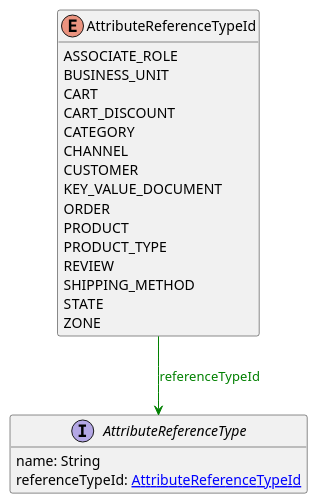
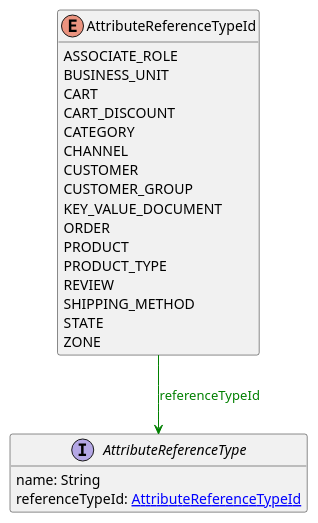
Before and after one commit to commercetools/commercetools-api-reference: the diagram in uml/api/AttributeReferenceTypeId.puml, drawn with PlantUML. The commit also changed 5 other files, not shown here.

```diff
--- a/uml/api/AttributeReferenceTypeId.puml
+++ b/uml/api/AttributeReferenceTypeId.puml
@@ -1,26 +1,27 @@
 @startuml
 
 hide methods
 enum AttributeReferenceTypeId {
     ASSOCIATE_ROLE
     BUSINESS_UNIT
     CART
     CART_DISCOUNT
     CATEGORY
     CHANNEL
     CUSTOMER
+    CUSTOMER_GROUP
     KEY_VALUE_DOCUMENT
     ORDER
     PRODUCT
     PRODUCT_TYPE
     REVIEW
     SHIPPING_METHOD
     STATE
     ZONE
 }
 interface AttributeReferenceType [[AttributeReferenceType.svg]]  {
     name: String
     referenceTypeId: [[AttributeReferenceTypeId.svg AttributeReferenceTypeId]]
 }
 AttributeReferenceTypeId --> AttributeReferenceType #green;text:green : "referenceTypeId"
 @enduml
```
